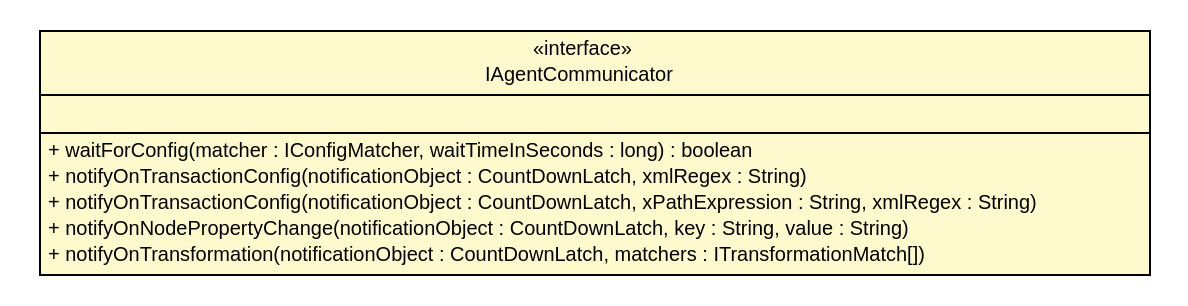
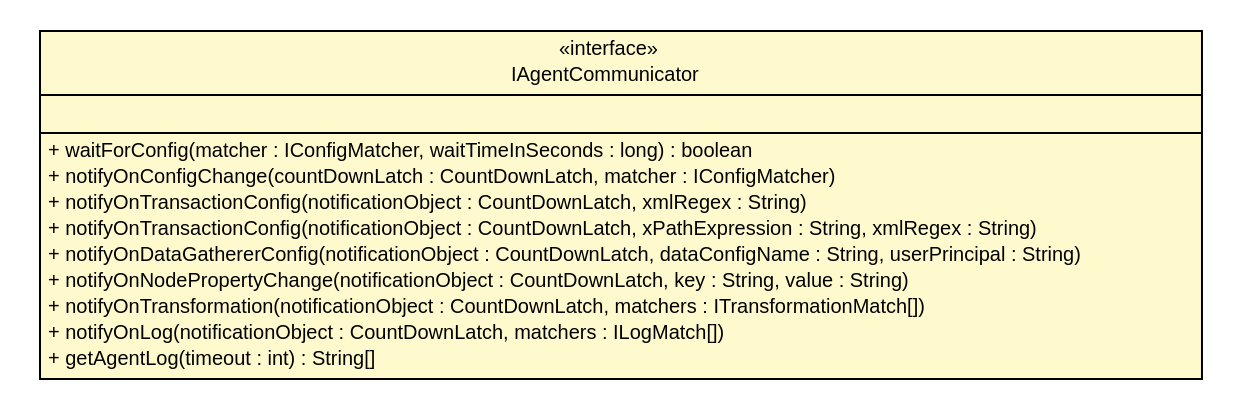
Before and after one commit to qldong/java-sdk: the diagram in application-agent-api/ApplicationAgentAPIJavadocs/com/appdynamics/apm/appagent/api/debug/IAgentCommunicator.dot, drawn with Graphviz. The commit also changed 49 other files, not shown here.

```diff
--- a/application-agent-api/ApplicationAgentAPIJavadocs/com/appdynamics/apm/appagent/api/debug/IAgentCommunicator.dot
+++ b/application-agent-api/ApplicationAgentAPIJavadocs/com/appdynamics/apm/appagent/api/debug/IAgentCommunicator.dot
@@ -1,29 +1,33 @@
 #!/usr/local/bin/dot
 #
 # Class diagram 
 # Generated by UMLGraph version 5.4 (http://www.umlgraph.org/)
 #
 
 digraph G {
 	edge [fontname="Helvetica",fontsize=10,labelfontname="Helvetica",labelfontsize=10];
 	node [fontname="Helvetica",fontsize=10,shape=plaintext];
 	nodesep=0.25;
 	ranksep=0.5;
 	// com.appdynamics.apm.appagent.api.debug.IAgentCommunicator
-	c23 [label=<<table title="com.appdynamics.apm.appagent.api.debug.IAgentCommunicator" border="0" cellborder="1" cellspacing="0" cellpadding="2" port="p" bgcolor="lemonChiffon" href="./IAgentCommunicator.html">
+	c39 [label=<<table title="com.appdynamics.apm.appagent.api.debug.IAgentCommunicator" border="0" cellborder="1" cellspacing="0" cellpadding="2" port="p" bgcolor="lemonChiffon" href="./IAgentCommunicator.html">
 		<tr><td><table border="0" cellspacing="0" cellpadding="1">
 <tr><td align="center" balign="center"> &#171;interface&#187; </td></tr>
 <tr><td align="center" balign="center"> IAgentCommunicator </td></tr>
 		</table></td></tr>
 		<tr><td><table border="0" cellspacing="0" cellpadding="1">
 <tr><td align="left" balign="left">  </td></tr>
 		</table></td></tr>
 		<tr><td><table border="0" cellspacing="0" cellpadding="1">
 <tr><td align="left" balign="left"> + waitForConfig(matcher : IConfigMatcher, waitTimeInSeconds : long) : boolean </td></tr>
+<tr><td align="left" balign="left"> + notifyOnConfigChange(countDownLatch : CountDownLatch, matcher : IConfigMatcher) </td></tr>
 <tr><td align="left" balign="left"> + notifyOnTransactionConfig(notificationObject : CountDownLatch, xmlRegex : String) </td></tr>
 <tr><td align="left" balign="left"> + notifyOnTransactionConfig(notificationObject : CountDownLatch, xPathExpression : String, xmlRegex : String) </td></tr>
+<tr><td align="left" balign="left"> + notifyOnDataGathererConfig(notificationObject : CountDownLatch, dataConfigName : String, userPrincipal : String) </td></tr>
 <tr><td align="left" balign="left"> + notifyOnNodePropertyChange(notificationObject : CountDownLatch, key : String, value : String) </td></tr>
 <tr><td align="left" balign="left"> + notifyOnTransformation(notificationObject : CountDownLatch, matchers : ITransformationMatch[]) </td></tr>
+<tr><td align="left" balign="left"> + notifyOnLog(notificationObject : CountDownLatch, matchers : ILogMatch[]) </td></tr>
+<tr><td align="left" balign="left"> + getAgentLog(timeout : int) : String[] </td></tr>
 		</table></td></tr>
 		</table>>, URL="./IAgentCommunicator.html", fontname="Helvetica", fontcolor="black", fontsize=10.0];
 }
```
